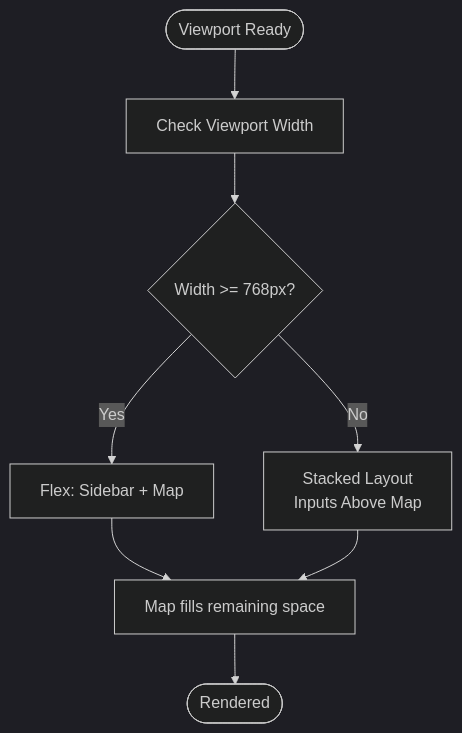
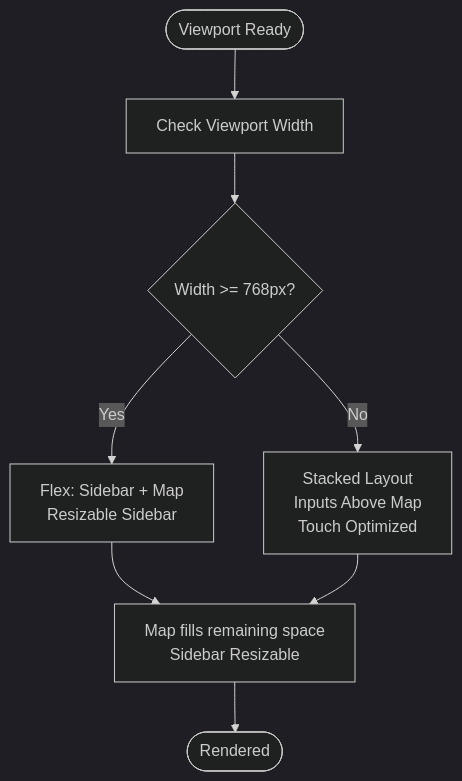
Before and after one commit to Rehanpatel3858/BusTrack-Pro: the fourth of 7 diagrams in .qoder/repowiki/en/content/User Interface and Design System.md, drawn with Mermaid (dark theme). The commit also changed other lines of this file and 7 other files, not shown here.

````diff
--- a/.qoder/repowiki/en/content/User Interface and Design System.md
+++ b/.qoder/repowiki/en/content/User Interface and Design System.md
@@ -176,10 +199,10 @@
 ```mermaid
 flowchart TD
 Start(["Viewport Ready"]) --> CheckWidth["Check Viewport Width"]
 CheckWidth --> Desktop{"Width >= 768px?"}
-Desktop --> |Yes| DesktopLayout["Flex: Sidebar + Map"]
-Desktop --> |No| MobileLayout["Stacked Layout<br/>Inputs Above Map"]
-DesktopLayout --> MapFill["Map fills remaining space"]
+Desktop --> |Yes| DesktopLayout["Flex: Sidebar + Map<br/>Resizable Sidebar"]
+Desktop --> |No| MobileLayout["Stacked Layout<br/>Inputs Above Map<br/>Touch Optimized"]
+DesktopLayout --> MapFill["Map fills remaining space<br/>Sidebar Resizable"]
 MobileLayout --> MapFill
 MapFill --> End(["Rendered"])
 ```
````
